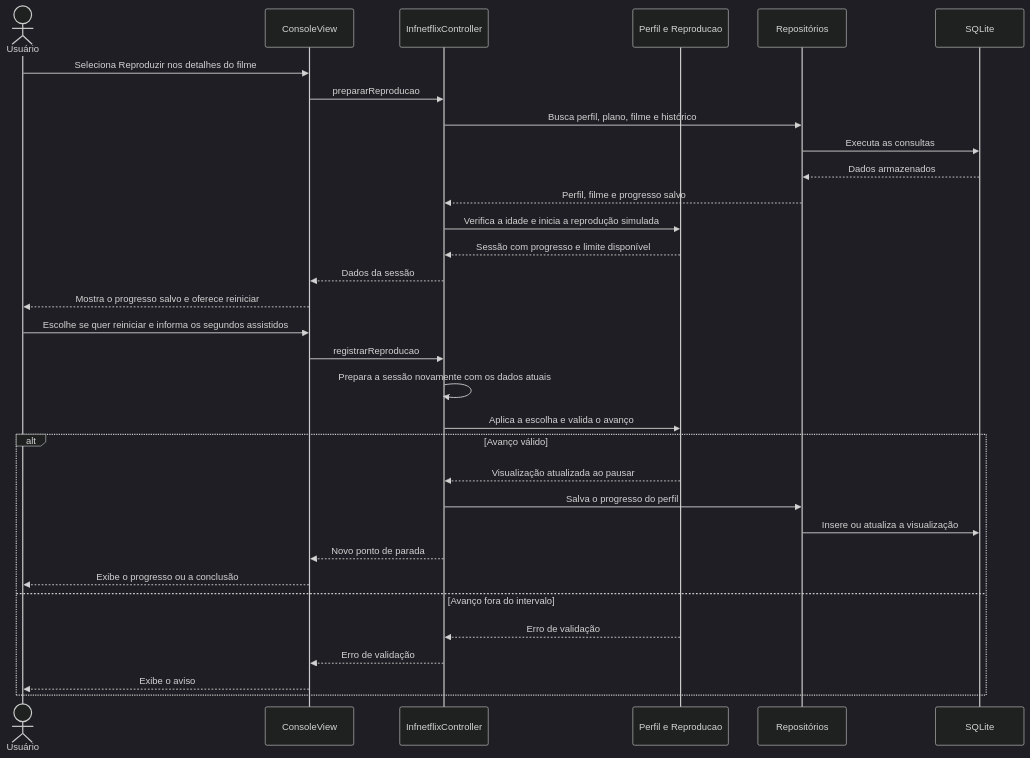
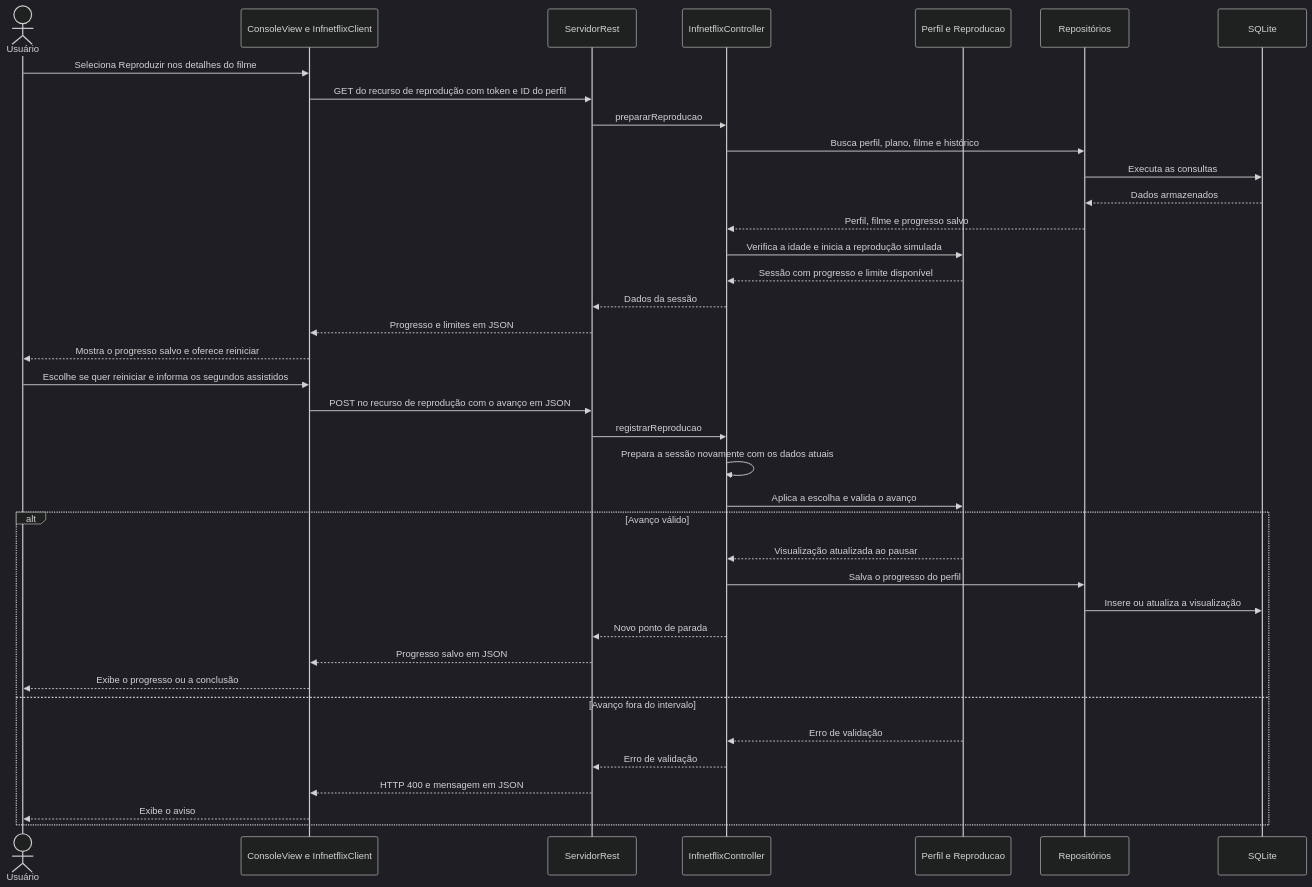
Before and after one commit to ffavareto/projeto-de-bloco-back-end: the third of 3 diagrams in visao-geral.md, drawn with Mermaid (dark theme). The commit also changed other lines of this file and 11 other files, not shown here.

First line of the commit message:
Implementa servidor REST para o INFNETFLIX, incluindo autenticação e gerenciamento de perfis

````diff
--- a/visao-geral.md
+++ b/visao-geral.md
@@ -88,37 +96,43 @@
 ```mermaid
 sequenceDiagram
     actor Usuario as Usuário
-    participant Console as ConsoleView
+    participant Console as ConsoleView e InfnetflixClient
+    participant API as ServidorRest
     participant Controle as InfnetflixController
     participant Modelo as Perfil e Reproducao
     participant Repos as Repositórios
     participant Banco as SQLite
 
     Usuario->>Console: Seleciona Reproduzir nos detalhes do filme
-    Console->>Controle: prepararReproducao
+    Console->>API: GET do recurso de reprodução com token e ID do perfil
+    API->>Controle: prepararReproducao
     Controle->>Repos: Busca perfil, plano, filme e histórico
     Repos->>Banco: Executa as consultas
     Banco-->>Repos: Dados armazenados
     Repos-->>Controle: Perfil, filme e progresso salvo
     Controle->>Modelo: Verifica a idade e inicia a reprodução simulada
     Modelo-->>Controle: Sessão com progresso e limite disponível
-    Controle-->>Console: Dados da sessão
+    Controle-->>API: Dados da sessão
+    API-->>Console: Progresso e limites em JSON
     Console-->>Usuario: Mostra o progresso salvo e oferece reiniciar
 
     Usuario->>Console: Escolhe se quer reiniciar e informa os segundos assistidos
-    Console->>Controle: registrarReproducao
+    Console->>API: POST no recurso de reprodução com o avanço em JSON
+    API->>Controle: registrarReproducao
     Controle->>Controle: Prepara a sessão novamente com os dados atuais
     Controle->>Modelo: Aplica a escolha e valida o avanço
 
     alt Avanço válido
         Modelo-->>Controle: Visualização atualizada ao pausar
         Controle->>Repos: Salva o progresso do perfil
         Repos->>Banco: Insere ou atualiza a visualização
-        Controle-->>Console: Novo ponto de parada
+        Controle-->>API: Novo ponto de parada
+        API-->>Console: Progresso salvo em JSON
         Console-->>Usuario: Exibe o progresso ou a conclusão
     else Avanço fora do intervalo
         Modelo-->>Controle: Erro de validação
-        Controle-->>Console: Erro de validação
+        Controle-->>API: Erro de validação
+        API-->>Console: HTTP 400 e mensagem em JSON
         Console-->>Usuario: Exibe o aviso
     end
 ```
````
